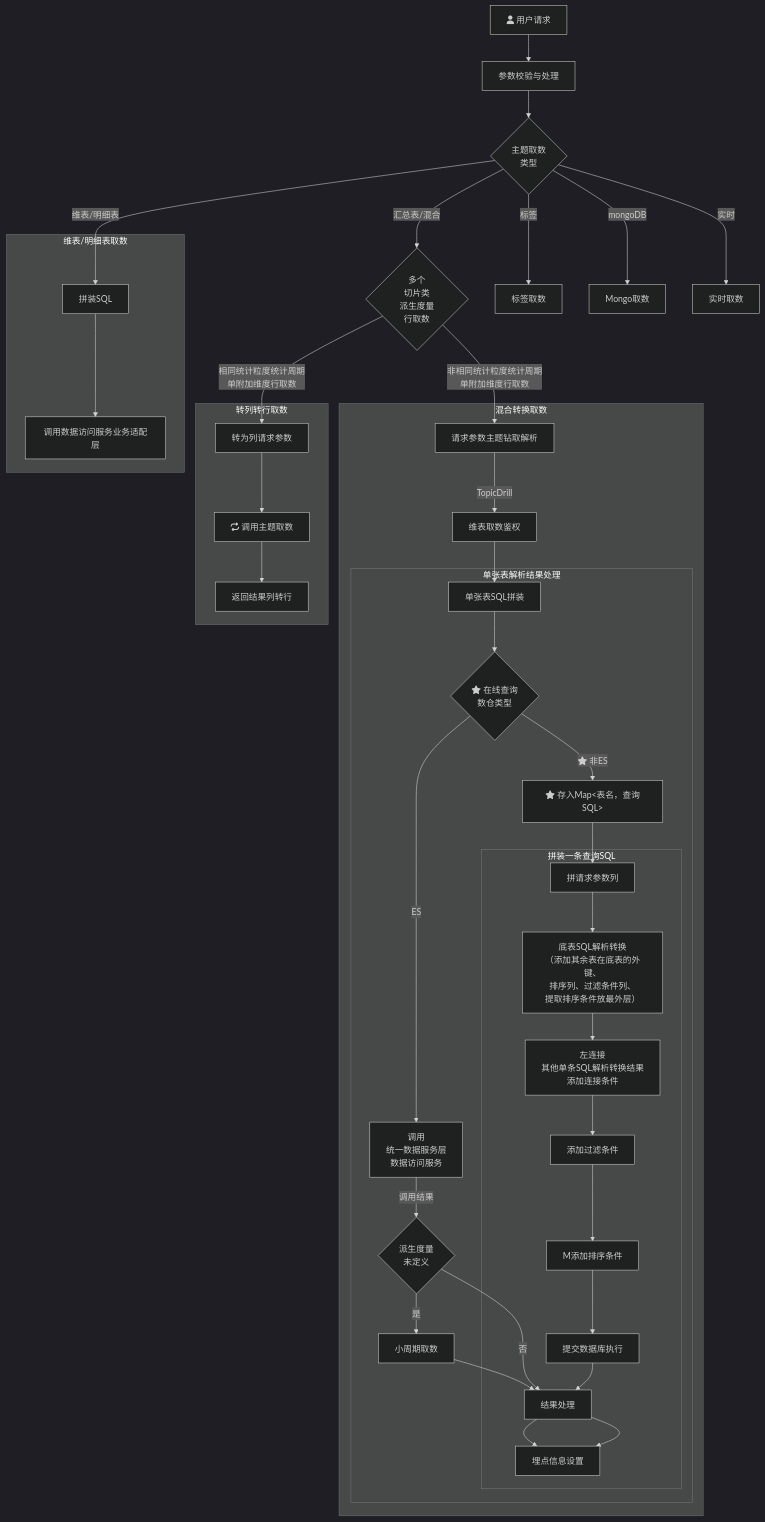
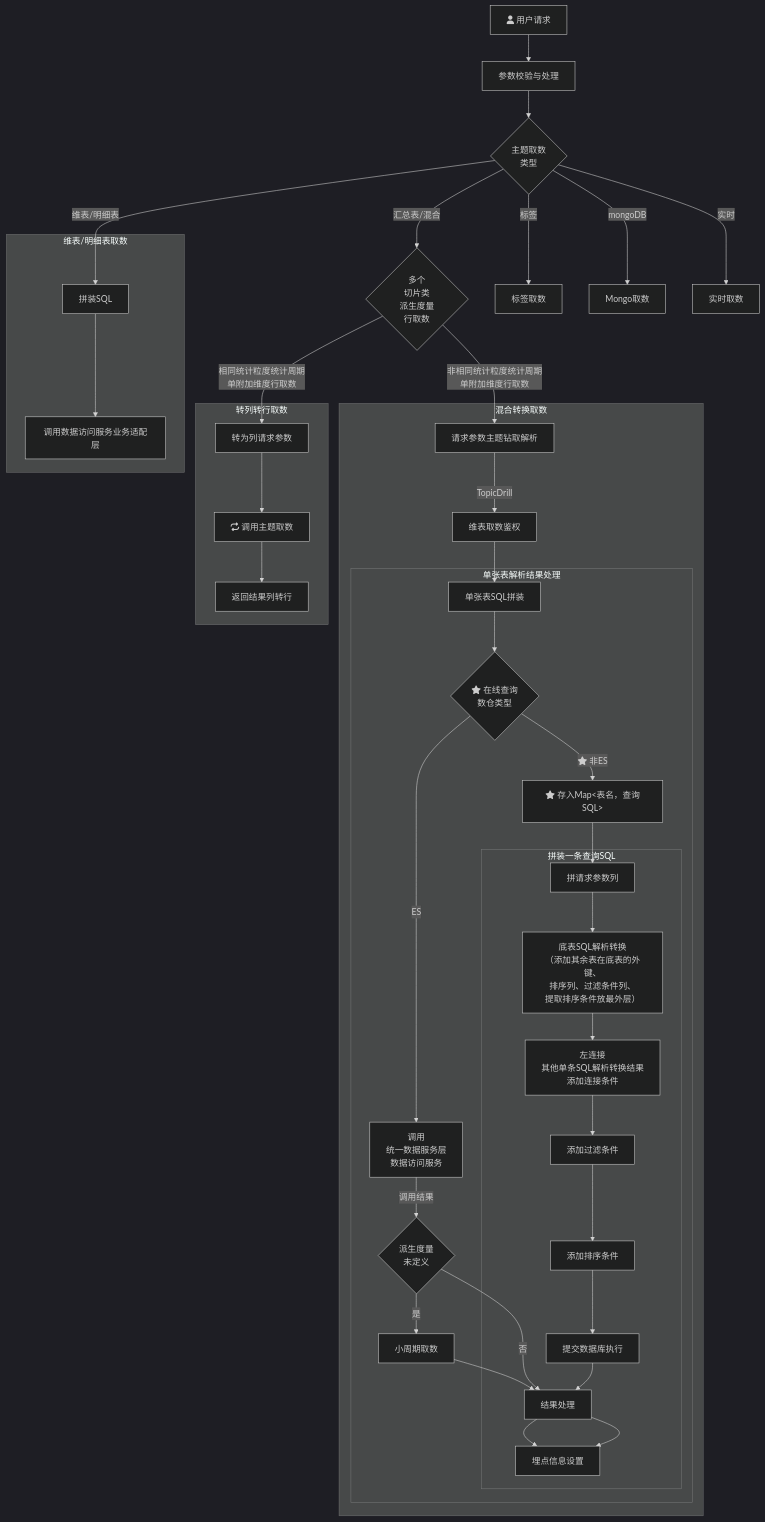
One commit to yanglosm/iodraw-files changed the diagram in all/未命名.md. Above: the diagram before and after it, drawn with Mermaid (dark theme).

Commit message:
2024-11-29 19:44:22 update

````diff
--- a/all/未命名.md
+++ b/all/未命名.md
@@ -1,30 +1,30 @@
 ```mermaid
 flowchart TD
     A[fa:fa-user 用户请求] -->A1[参数校验与处理] --> B{主题取数\n类型}
     B -->|维表/明细表| D[拼装SQL]
     B -->|汇总表/混合| E{多个\n切片类\n派生度量\n行取数}
     B -->|标签| F[标签取数]
     B -->|mongoDB| G[Mongo取数]
     B -->|实时| H[实时取数]
     E -->|相同统计粒度统计周期\n单附加维度行取数| E1[转为列请求参数]
     E -->|非相同统计粒度统计周期\n单附加维度行取数| T1[请求参数主题钻取解析]
     subgraph 维表/明细表取数
     D-->D1[调用数据访问服务业务适配层]
     end
     subgraph 转列转行取数
     E1-->E11[fa:fa-repeat 调用主题取数]-->E12[返回结果列转行]
     end
     subgraph 混合转换取数
     T1-->|TopicDrill| T2[维表取数鉴权] --> T31[单张表SQL拼装]
         subgraph 单张表解析结果处理
         T31 --> T4{fa:fa-star 在线查询\n数仓类型}-->|ES|T32[调用\n统一数据服务层\n数据访问服务] --> |调用结果|T33{派生度量\n未定义}
         T33 --> |是|T33_1[小周期取数]-->T34[结果处理]-->T35[埋点信息设置]
         T33 --> |否|T34
         T4 --> |fa:fa-star 非ES|T41["fa:fa-star 存入Map<表名，查询SQL>"]
         T41 --> T42[拼请求参数列]
             subgraph 拼装一条查询SQL
-            T42 --> M1["底表SQL解析转换\n（添加其余表在底表的外键、\n排序列、过滤条件列、\n提取排序条件放最外层）"] --> M2[左连接\n其他单条SQL解析转换结果\n添加连接条件] --> M3[添加过滤条件] --> M添加排序条件 --> 提交数据库执行 --> T34 --> T35
+            T42 --> M1["底表SQL解析转换\n（添加其余表在底表的外键、\n排序列、过滤条件列、\n提取排序条件放最外层）"] --> M2[左连接\n其他单条SQL解析转换结果\n添加连接条件] --> M3[添加过滤条件] --> M4[添加排序条件] --> M5[提交数据库执行] --> T34 --> T35
             end
         end
     end
 ```
````
